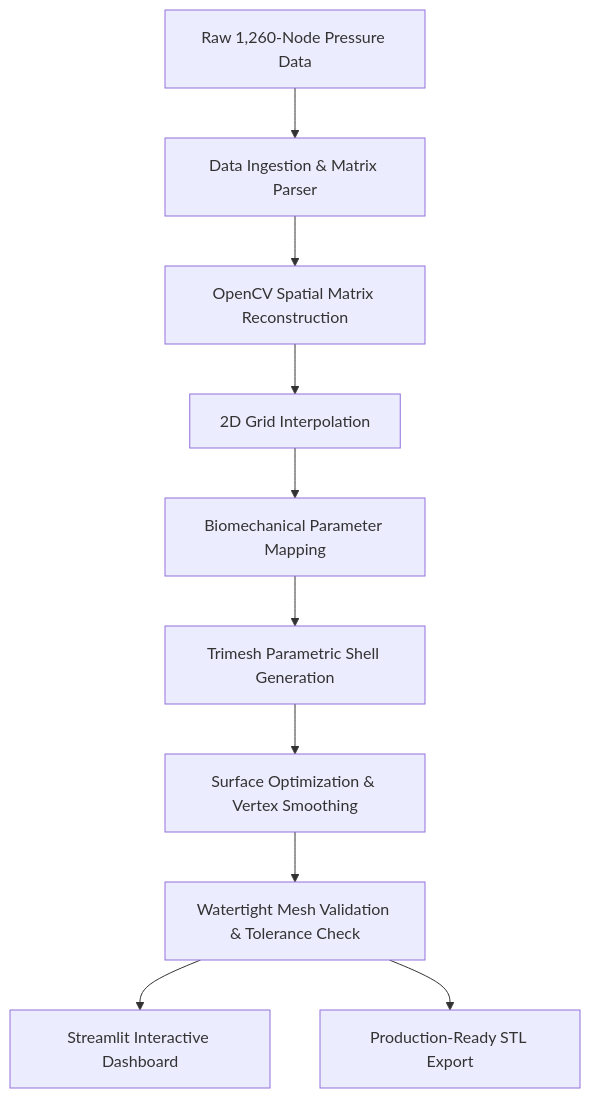
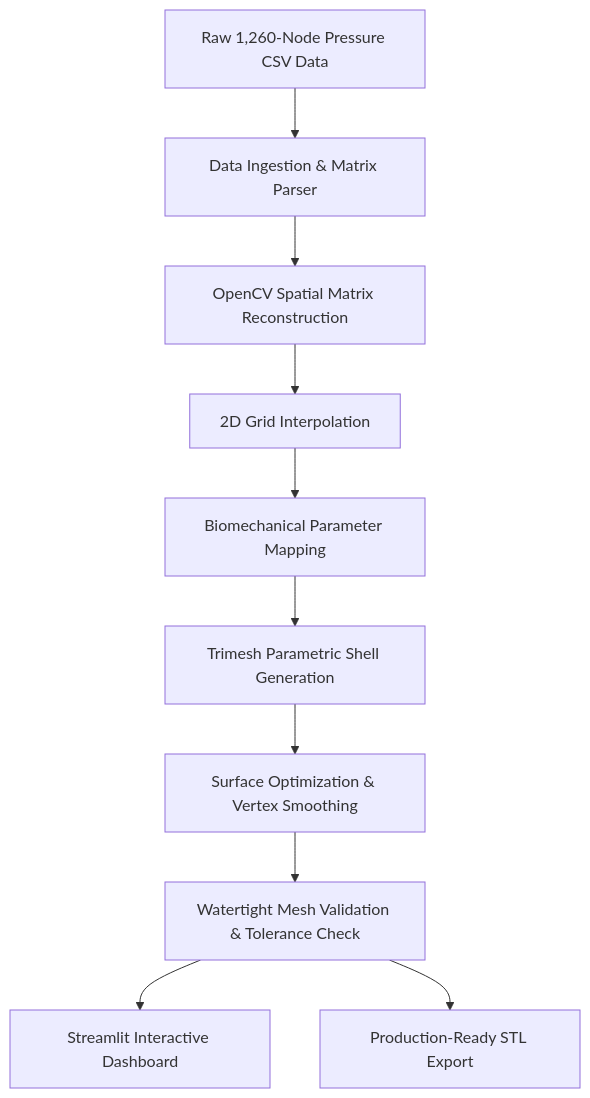
One commit to Somesh4628/Engineering-Portfolio changed the diagram in gaitform/README.md. Above: the diagram before and after it, drawn with Mermaid. The commit also changed other lines of this file and 7 other files, not shown here.

````diff
--- a/gaitform/README.md
+++ b/gaitform/README.md
@@ -26,12 +34,12 @@
 ```mermaid
 flowchart TD
-    A[Raw 1,260-Node Pressure Data] --> B[Data Ingestion & Matrix Parser]
+    A[Raw 1,260-Node Pressure CSV Data] --> B[Data Ingestion & Matrix Parser]
     B --> C[OpenCV Spatial Matrix Reconstruction]
     C --> D[2D Grid Interpolation]
     D --> E[Biomechanical Parameter Mapping]
     E --> F[Trimesh Parametric Shell Generation]
     F --> G[Surface Optimization & Vertex Smoothing]
     G --> H[Watertight Mesh Validation & Tolerance Check]
     H --> I[Streamlit Interactive Dashboard]
     H --> J[Production-Ready STL Export]
 ```
````
